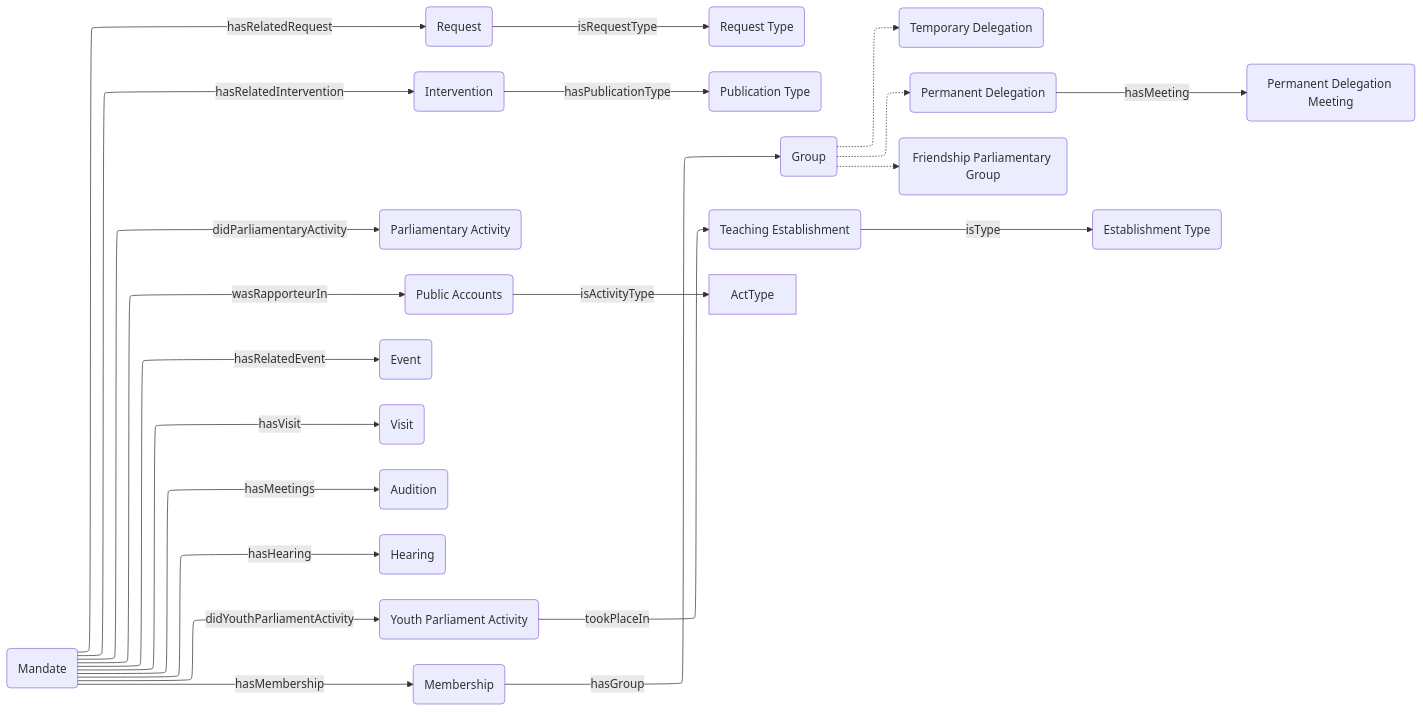
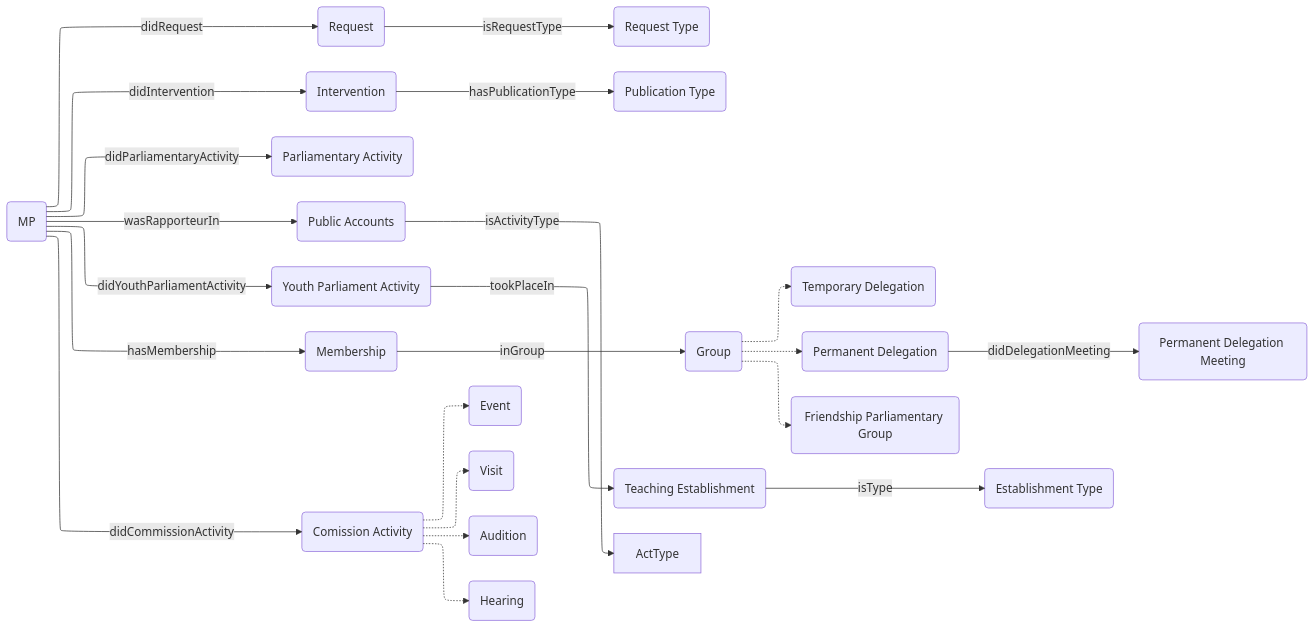
The diagram in OpenDataGOV-AP/DataModel/mp-activity/mp-activity.mermaid (politrackpt/ontologies), drawn with Mermaid before and after one commit. The commit also changed 1 other file, not shown here.

Commit message:
AP: update mp-activity with commission activity class and change mandate to MP

```diff
--- a/OpenDataGOV-AP/DataModel/mp-activity/mp-activity.mermaid
+++ b/OpenDataGOV-AP/DataModel/mp-activity/mp-activity.mermaid
@@ -1,46 +1,48 @@
 ---
 config:
   layout: elk
 ---
 flowchart LR
-    Mandate("Mandate")
+    MP("MP")
     Req("Request")
     reqtype("Request Type")
     Interv("Intervention")
     PubType("Publication Type")
     PAct("Parliamentary Activity")
     PE("Public Accounts")
     Event("Event")
     Visit("Visit")
-    Meet("Audition")
+    Audition("Audition")
     Group("Group")
-    Hear("Hearing")
+    Hearing("Hearing")
     YPA("Youth Parliament Activity")
     TeaEs("Teaching Establishment")
     EsType("Establishment Type")
     Mem("Membership")
     DelE("Temporary Delegation")
     DelP("Permanent Delegation")
     FPG("Friendship Parliamentary Group")
     DelPM("Permanent Delegation Meeting")
+    ComA("Comission Activity")
 
-    Mandate -- hasRelatedRequest --> Req
+    MP -- didCommissionActivity --> ComA
+    ComA -.-> Hearing
+    ComA -.-> Audition
+    ComA -.-> Event
+    ComA -.-> Visit
+    MP -- didRequest --> Req
     Req -- isRequestType --> reqtype
-    Mandate -- hasRelatedIntervention --> Interv
+    MP -- didIntervention --> Interv
     Interv -- hasPublicationType  --> PubType
-    Mandate -- didParliamentaryActivity --> PAct
-    Mandate -- wasRapporteurIn --> PE
+    MP -- didParliamentaryActivity --> PAct
+    MP -- wasRapporteurIn --> PE
     PE -- isActivityType --> ActType
-    Mandate -- hasRelatedEvent --> Event
-    Mandate -- hasVisit --> Visit
-    Mandate -- hasMeetings --> Meet
-    Mandate -- hasHearing --> Hear
-    Mandate -- didYouthParliamentActivity --> YPA
+    MP -- didYouthParliamentActivity --> YPA
     YPA -- tookPlaceIn --> TeaEs
     TeaEs -- isType --> EsType
-    Mandate -- hasMembership --> Mem
-    DelP -- hasMeeting --> DelPM
-    Mem -- hasGroup --> Group 
+    MP -- hasMembership --> Mem
+    DelP -- didDelegationMeeting --> DelPM
+    Mem -- inGroup --> Group 
     Group -.-> FPG
     Group -.-> DelE
     Group -.-> DelP
```
